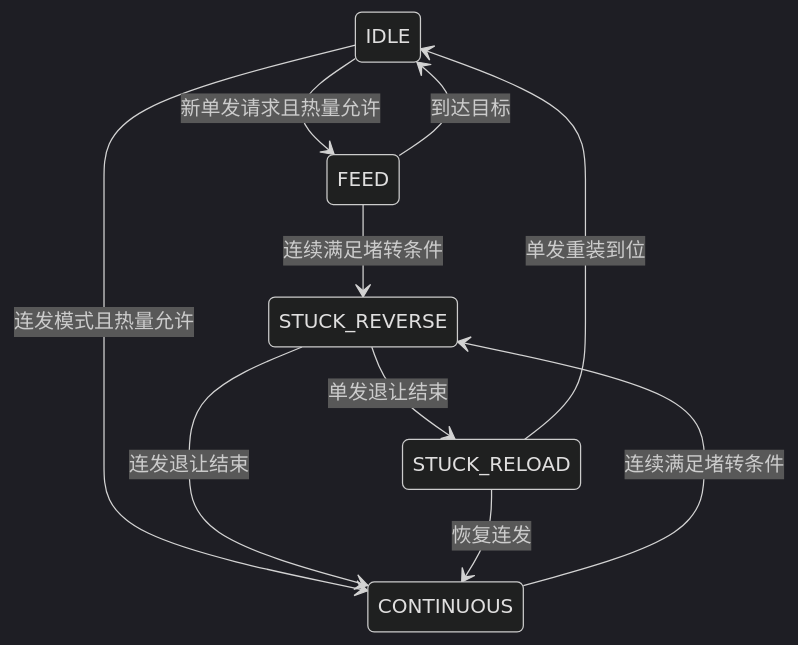
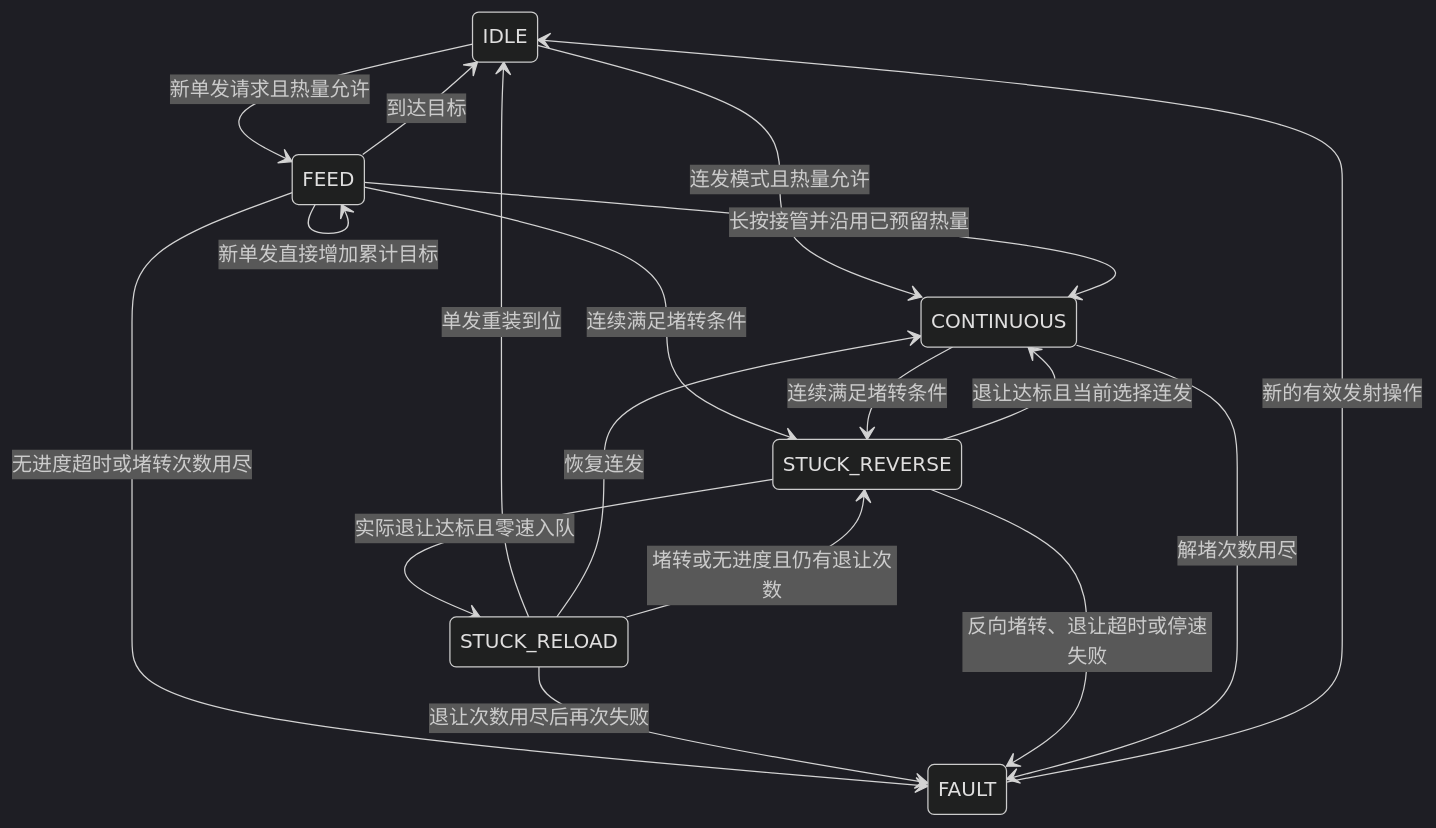
One commit to RP27-EC/27_LHX changed the diagram in 文档/05_发射机构.md. Above: the diagram before and after it, drawn with Mermaid (dark theme). The commit also changed other lines of this file and 17 other files, not shown here.

````diff
--- a/文档/05_发射机构.md
+++ b/文档/05_发射机构.md
@@ -34,12 +35,20 @@
 ```mermaid
 stateDiagram-v2
     IDLE --> FEED: 新单发请求且热量允许
     IDLE --> CONTINUOUS: 连发模式且热量允许
     FEED --> IDLE: 到达目标
+    FEED --> FEED: 新单发直接增加累计目标
+    FEED --> CONTINUOUS: 长按接管并沿用已预留热量
     FEED --> STUCK_REVERSE: 连续满足堵转条件
     CONTINUOUS --> STUCK_REVERSE: 连续满足堵转条件
-    STUCK_REVERSE --> STUCK_RELOAD: 单发退让结束
-    STUCK_REVERSE --> CONTINUOUS: 连发退让结束
+    STUCK_REVERSE --> STUCK_RELOAD: 实际退让达标且零速入队
+    STUCK_REVERSE --> CONTINUOUS: 退让达标且当前选择连发
     STUCK_RELOAD --> IDLE: 单发重装到位
     STUCK_RELOAD --> CONTINUOUS: 恢复连发
+    STUCK_RELOAD --> STUCK_REVERSE: 堵转或无进度且仍有退让次数
+    FEED --> FAULT: 无进度超时或堵转次数用尽
+    STUCK_RELOAD --> FAULT: 退让次数用尽后再次失败
+    STUCK_REVERSE --> FAULT: 反向堵转、退让超时或停速失败
+    CONTINUOUS --> FAULT: 解堵次数用尽
+    FAULT --> IDLE: 新的有效发射操作
 ```
````
